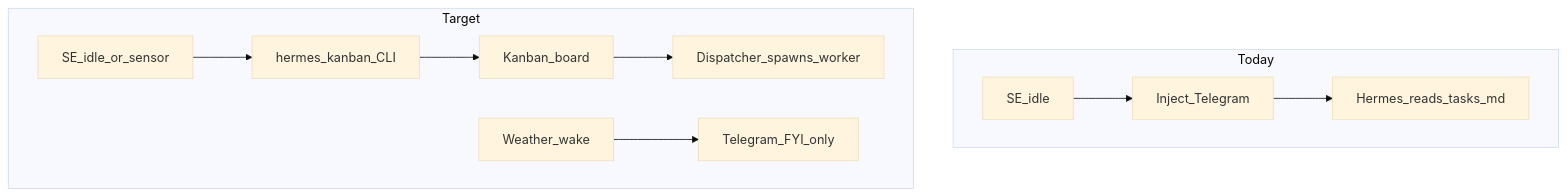
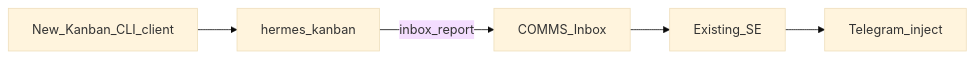
Before and after one commit to KarlitaHermes/SubConscious-Engine: the diagram in docs/PLAN-KANBAN-SE.md, drawn with Mermaid (base theme). The commit also changed other lines of this file, not shown here.

First line of the commit message:
Park Kanban+SE plan: CLI-only client, keep existing inject paths.

````diff
--- a/docs/PLAN-KANBAN-SE.md
+++ b/docs/PLAN-KANBAN-SE.md
@@ -11,13 +15,7 @@
 ```mermaid
-flowchart TB
-  subgraph today [Today]
-    idle1[SE_idle] --> inject[Inject_Telegram]
-    inject --> skill[Hermes_reads_tasks_md]
-  end
-  subgraph target [Target]
-    idle2[SE_idle_or_sensor] --> cli[hermes_kanban_CLI]
-    cli --> board[Kanban_board]
-    board --> worker[Dispatcher_spawns_worker]
-    sensorFYI[Weather_wake] --> tg[Telegram_FYI_only]
-  end
+flowchart LR
+  seExisting[Existing_SE] --> tg[Telegram_inject]
+  seNew[New_Kanban_CLI_client] --> kb[hermes_kanban]
+  kb -->|inbox_report| inbox[COMMS_Inbox]
+  inbox --> seExisting
 ```
````
